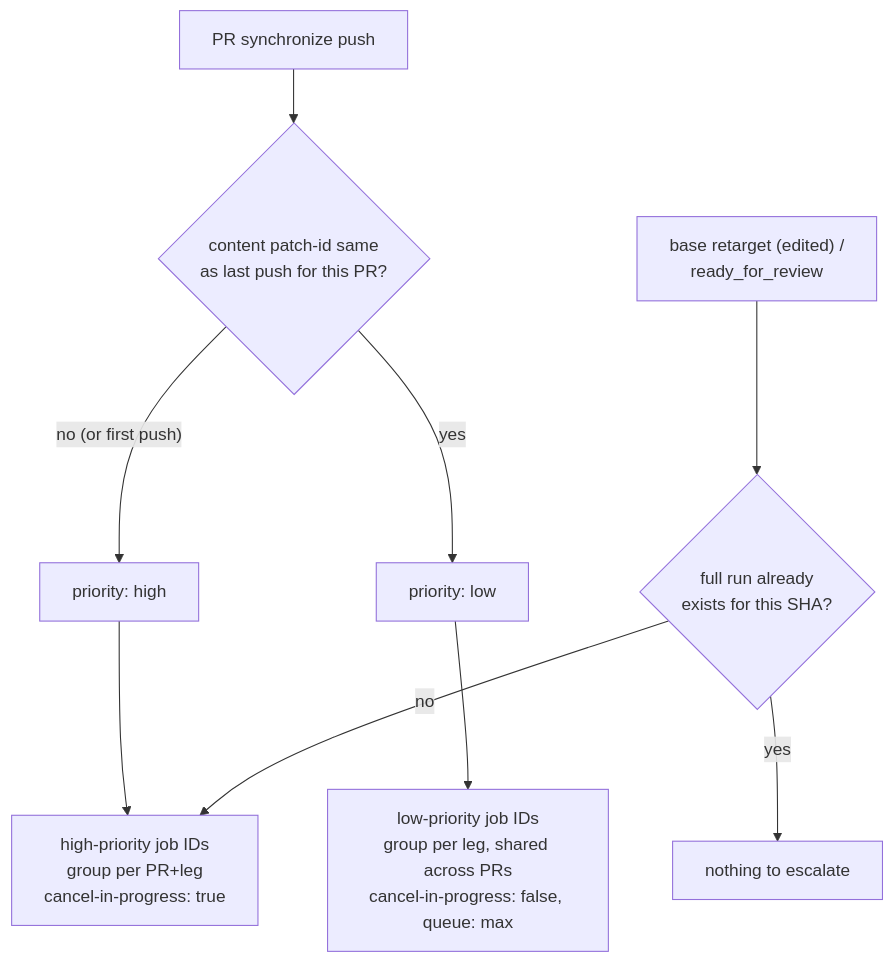
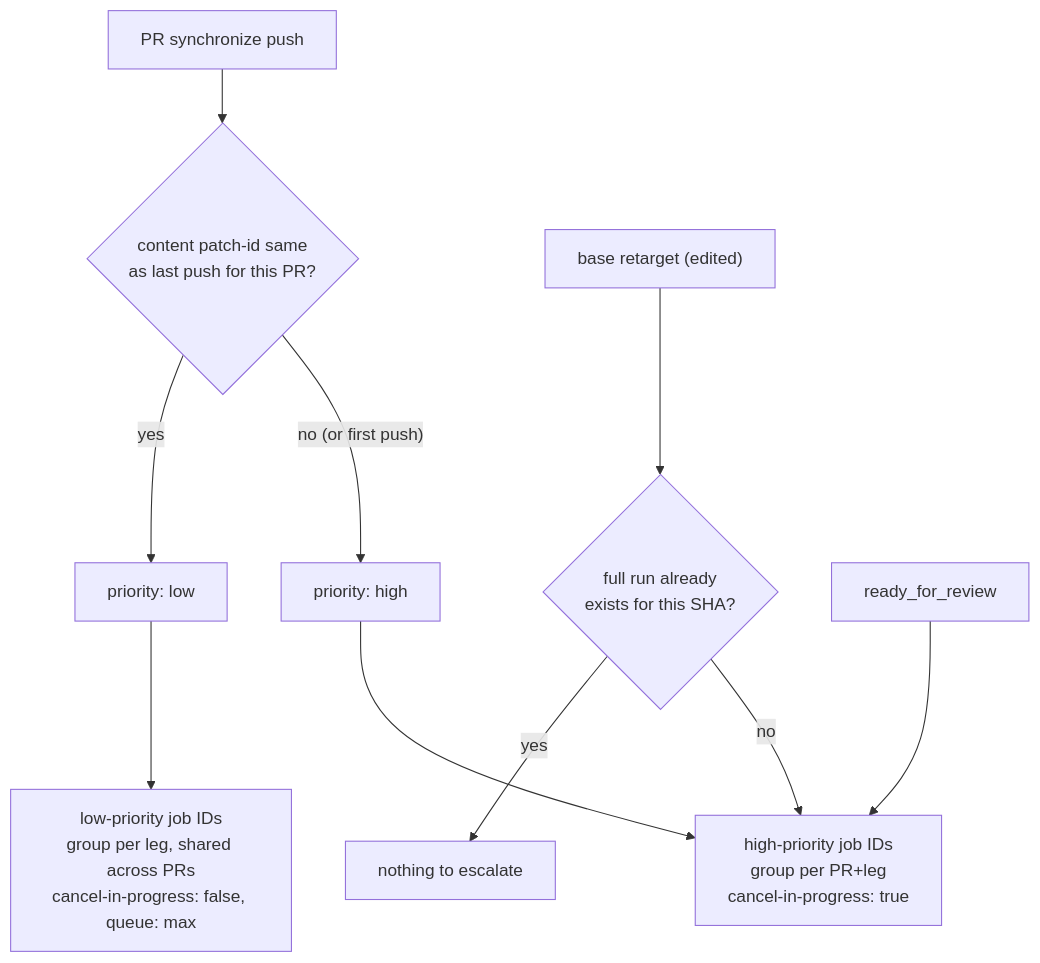
Before and after one commit to Postgres-Extensions/pg_count_nulls: the second of 2 diagrams in .github/workflows/README.md, drawn with Mermaid. The commit also changed other lines of this file, not shown here.

First line of the commit message:
README.md: fix Escalation section - ready_for_review has no existing-run check

````diff
--- a/.github/workflows/README.md
+++ b/.github/workflows/README.md
@@ -87,11 +87,12 @@
 ```mermaid
 flowchart TD
   push[PR synchronize push] --> cmp{content patch-id same\nas last push for this PR?}
   cmp -- "no (or first push)" --> high[priority: high]
   cmp -- "yes" --> low[priority: low]
   high --> hijob["high-priority job IDs\ngroup per PR+leg\ncancel-in-progress: true"]
   low --> lowjob["low-priority job IDs\ngroup per leg, shared across PRs\ncancel-in-progress: false, queue: max"]
-  retarget["base retarget (edited) /\nready_for_review"] --> esc{full run already\nexists for this SHA?}
+  retarget["base retarget (edited)"] --> esc{full run already\nexists for this SHA?}
   esc -- no --> hijob
   esc -- yes --> skip[nothing to escalate]
+  ready[ready_for_review] --> hijob
 ```
````
